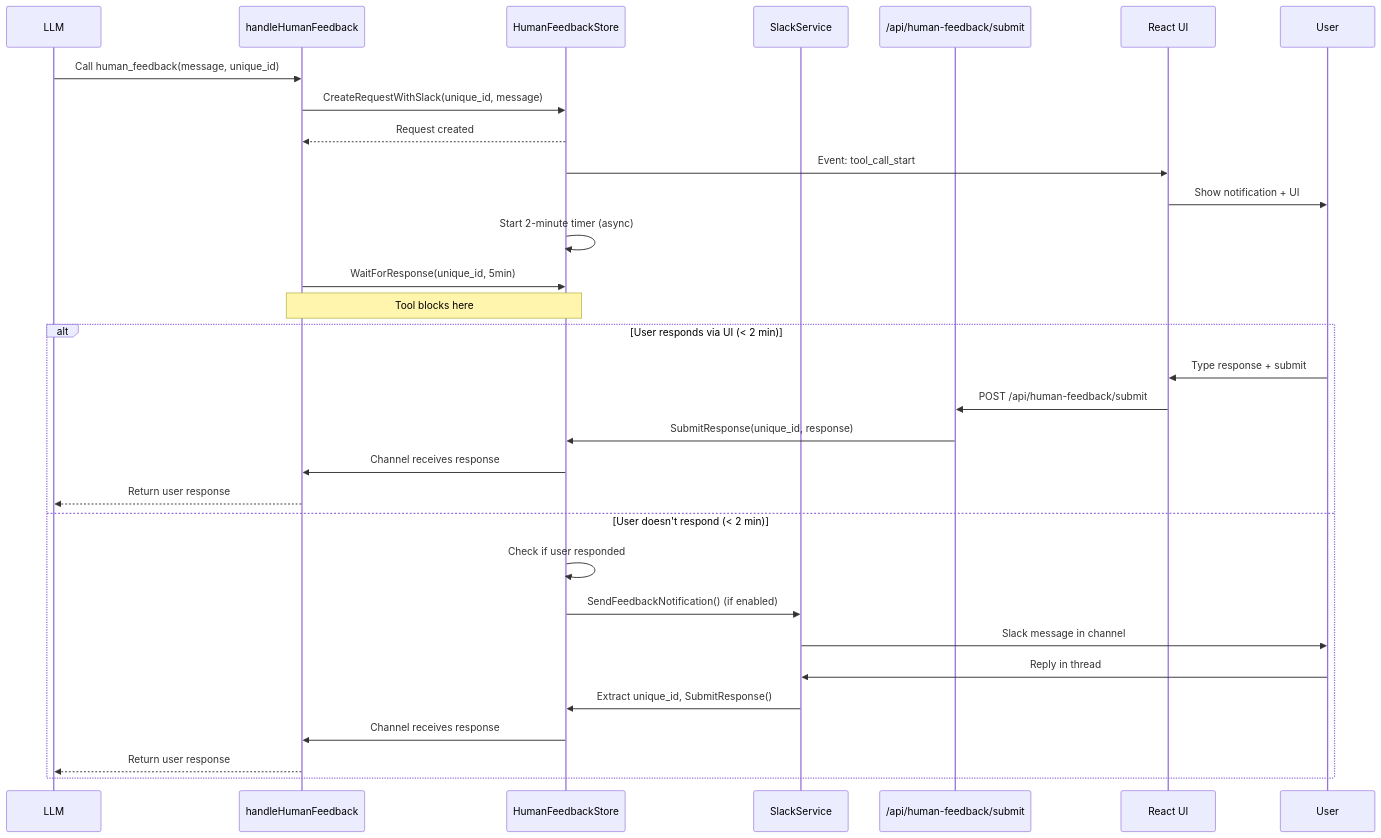
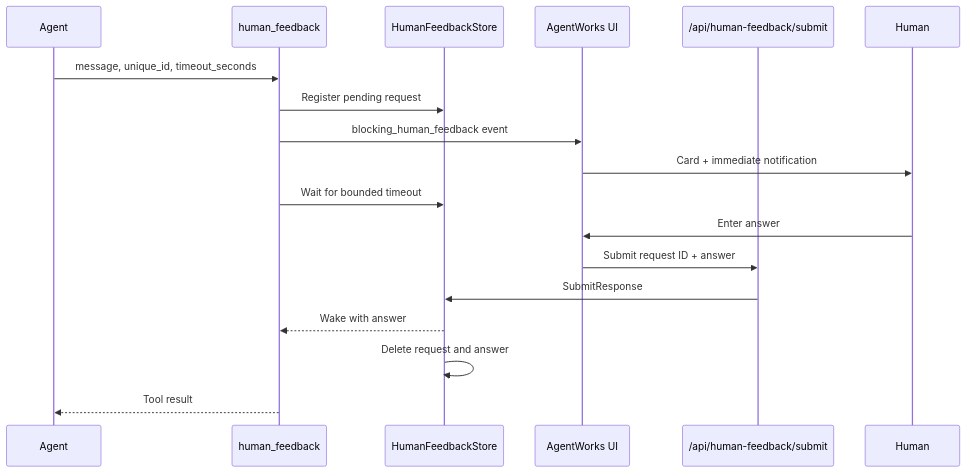
The diagram in docs-content/workflow/human_feedback_system.md (manishiitg/multi-builder-public-website), drawn with Mermaid before and after one commit. The commit also changed other lines of this file and 117 other files, not shown here.

````diff
--- a/docs-content/workflow/human_feedback_system.md
+++ b/docs-content/workflow/human_feedback_system.md
@@ -102,35 +27,21 @@
 ```mermaid
 sequenceDiagram
-    participant LLM
-    participant Tool as handleHumanFeedback
+    participant Agent
+    participant Tool as human_feedback
     participant Store as HumanFeedbackStore
-    participant Slack as SlackService
+    participant UI as AgentWorks UI
     participant API as /api/human-feedback/submit
-    participant Frontend as React UI
-    participant User
+    participant Human
 
-    LLM->>Tool: Call human_feedback(message, unique_id)
-    Tool->>Store: CreateRequestWithSlack(unique_id, message)
-    Store-->>Tool: Request created
-    Store->>Frontend: Event: tool_call_start
-    Frontend->>User: Show notification + UI
-    Store->>Store: Start 2-minute timer (async)
-    Tool->>Store: WaitForResponse(unique_id, 5min)
-    Note over Tool,Store: Tool blocks here
-
-    alt User responds via UI (< 2 min)
-        User->>Frontend: Type response + submit
-        Frontend->>API: POST /api/human-feedback/submit
-        API->>Store: SubmitResponse(unique_id, response)
-        Store->>Tool: Channel receives response
-        Tool-->>LLM: Return user response
-    else User doesn't respond (< 2 min)
-        Store->>Store: Check if user responded
-        Store->>Slack: SendFeedbackNotification() (if enabled)
-        Slack->>User: Slack message in channel
-        User->>Slack: Reply in thread
-        Slack->>Store: Extract unique_id, SubmitResponse()
-        Store->>Tool: Channel receives response
-        Tool-->>LLM: Return user response
-    end
+    Agent->>Tool: message, unique_id, timeout_seconds
+    Tool->>Store: Register pending request
+    Tool->>UI: blocking_human_feedback event
+    UI->>Human: Card + immediate notification
+    Tool->>Store: Wait for bounded timeout
+    Human->>UI: Enter answer
+    UI->>API: Submit request ID + answer
+    API->>Store: SubmitResponse
+    Store-->>Tool: Wake with answer
+    Store->>Store: Delete request and answer
+    Tool-->>Agent: Tool result
 ```
````
